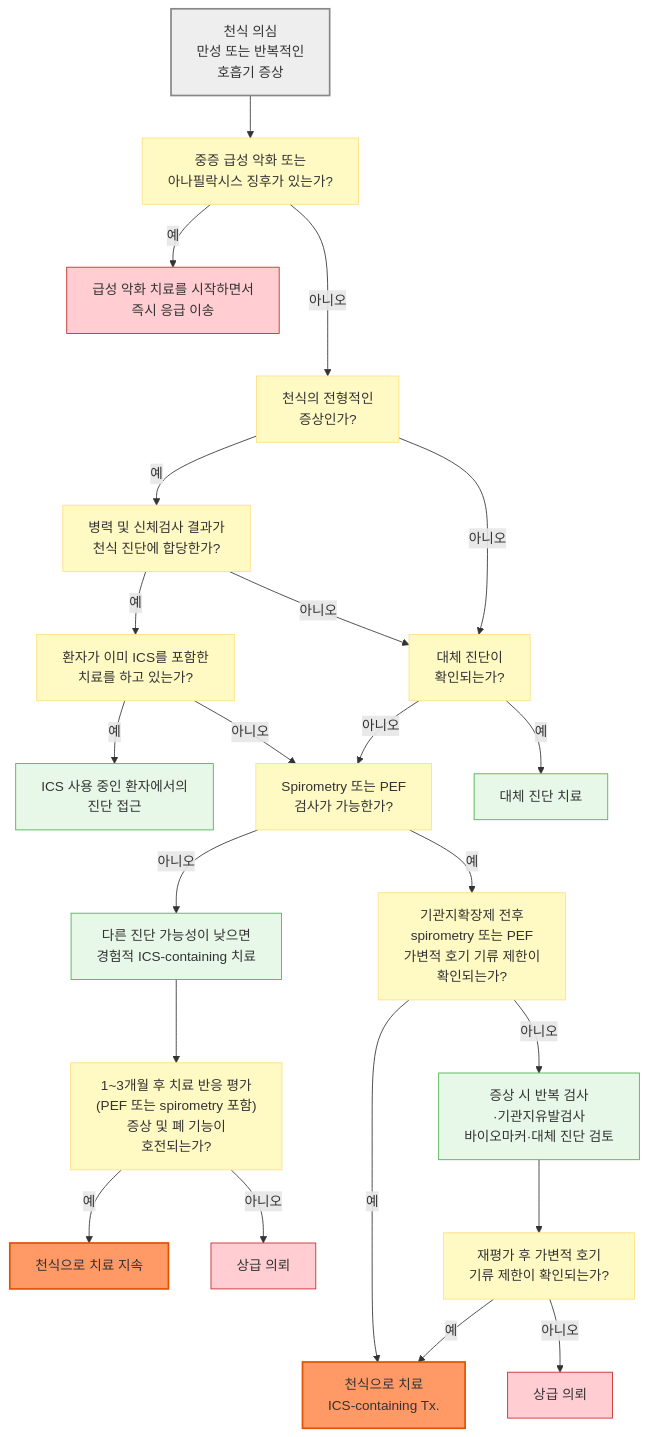
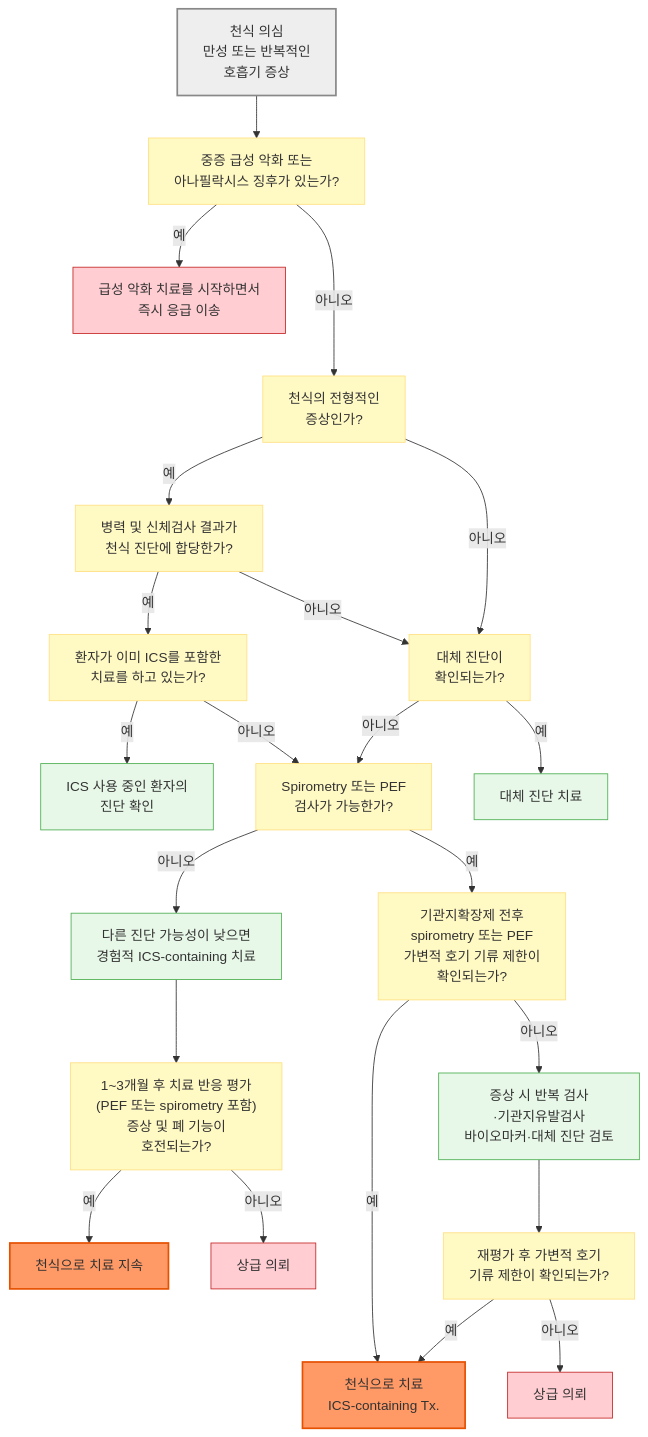
Before and after one commit to familyoh77/familyoh77: the first of 4 diagrams in 223_/071_-asthma.md, drawn with Mermaid. The commit also changed other lines of this file, not shown here.

````diff
--- a/223_/071_-asthma.md
+++ b/223_/071_-asthma.md
@@ -272,52 +272,52 @@
 ```mermaid
 flowchart TD
     Start["천식 의심<br/>만성 또는 반복적인 <br/>호흡기 증상"]
     Q1["천식의 전형적인<br/>증상인가?"]
     Q2["병력 및 신체검사 결과가<br/>천식 진단에 합당한가?"]
     Q3["환자가 이미 ICS를 포함한<br/>치료를 하고 있는가?"]
     Q4["중증 급성 악화 또는<br/>아나필락시스 징후가 있는가?"]
     Q5["Spirometry 또는 PEF<br/>검사가 가능한가?"]
     Q6["기관지확장제 전후 <br/>spirometry 또는 PEF<br/>가변적 호기 기류 제한이 <br/>확인되는가?"]
     Q7["대체 진단이<br/>확인되는가?"]
     Q8["1~3개월 후 치료 반응 평가<br/>(PEF 또는 spirometry 포함)<br/>증상 및 폐 기능이 <br/>호전되는가?"]
-    Step1["ICS 사용 중인 환자에서의<br/>진단 접근"]
+    Step1["ICS 사용 중인 환자의<br/>진단 확인"]
     Empirical["다른 진단 가능성이 낮으면<br/>경험적 ICS-containing 치료"]
     Urgent["급성 악화 치료를 시작하면서<br/>즉시 응급 이송"]
     Repeat["증상 시 반복 검사<br/>·기관지유발검사<br/>바이오마커·대체 진단 검토"]
     Q9["재평가 후 가변적 호기<br/>기류 제한이 확인되는가?"]
     ResultAsthma2["천식으로 치료 지속"]
     ResultAlt["대체 진단 치료"]
     Refer["상급 의뢰"]
     Refer2["상급 의뢰"]
     ResultAsthma3["천식으로 치료<br/>ICS-containing Tx."]
     Start --> Q4
     Q4 -- "예" --> Urgent
     Q4 -- "아니오" ---> Q1
     Q1 -- "예" --> Q2
     Q1 -- "아니오" --> Q7
     Q2 -- "예" --> Q3
     Q2 -- "아니오" --> Q7
     Q7 -- "아니오" --> Q5
     Q7 -- "예" --> ResultAlt
     Q3 -- "예" --> Step1
     Q3 -- "아니오" --> Q5
     Q5 -- "아니오" --> Empirical
     Q5 -- "예" --> Q6
     Q6 -- "예" --> ResultAsthma3
     Q6 -- "아니오" --> Repeat
     Repeat --> Q9
     Q9 -- "예" --> ResultAsthma3
     Q9 -- "아니오" --> Refer
     Empirical --> Q8
     Q8 -- "예" --> ResultAsthma2
     Q8 -- "아니오" --> Refer2
     classDef question fill:#fff9c4,stroke:#ffe082
     classDef red fill:#ffcdd2,stroke:#c62828,stroke-width:1px
     classDef green fill:#e8f8e8,stroke:#4caf50
     class Q1,Q2,Q3,Q4,Q5,Q6,Q7,Q8,Q9 question
     class Urgent,Refer,Refer2 red
     class Step1,Repeat,Empirical,ResultAlt green
     style Start fill:#eeeeee,stroke:#888888,stroke-width:2px
     style ResultAsthma2 fill:#f96,stroke:#e65100,stroke-width:2px
     style ResultAsthma3 fill:#f96,stroke:#e65100,stroke-width:2px
 ```
````
